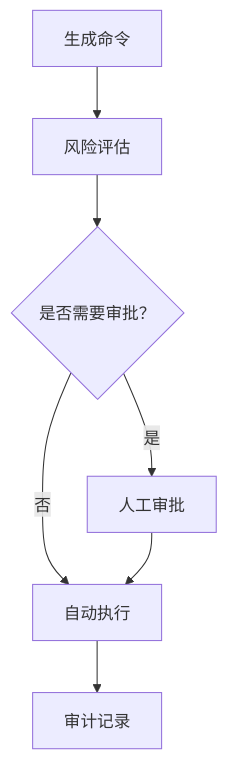
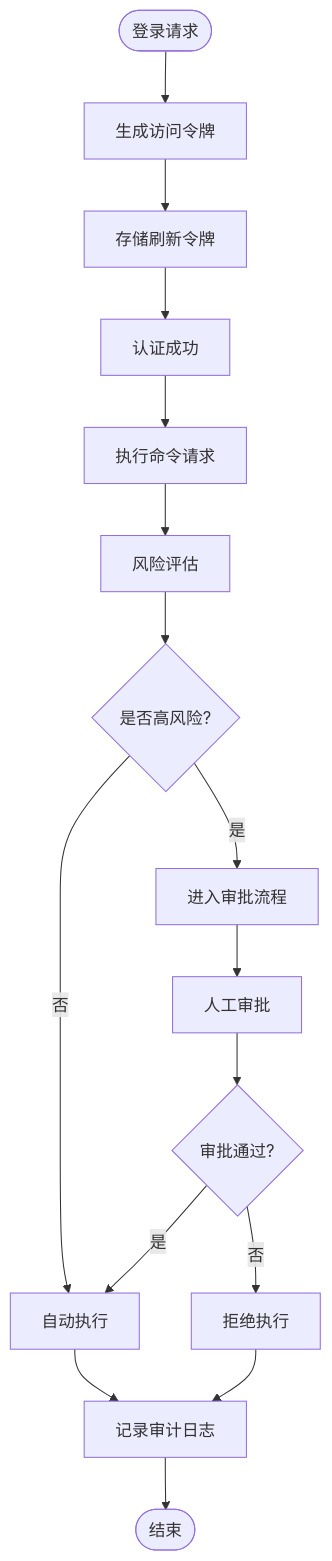
The sixth of 7 diagrams in .qoder/repowiki/zh/content/系统架构设计/系统架构设计.md (lyyzzz6/AIops), drawn with Mermaid before and after one commit. The commit also changed other lines of this file and 371 other files, not shown here.

````diff
--- a/.qoder/repowiki/zh/content/系统架构设计/系统架构设计.md
+++ b/.qoder/repowiki/zh/content/系统架构设计/系统架构设计.md
@@ -221,9 +230,18 @@
 ```mermaid
 flowchart TD
-CMD["生成命令"] --> RISK["风险评估"]
-RISK --> DECISION{"是否需要审批？"}
-DECISION --> |否| EXEC["自动执行"]
-DECISION --> |是| APPROVAL["人工审批"]
-APPROVAL --> EXEC
-EXEC --> AUDIT["审计记录"]
+Start(["登录请求"]) --> GenAT["生成访问令牌"]
+GenAT --> StoreRT["存储刷新令牌"]
+StoreRT --> AuthOK["认证成功"]
+AuthOK --> ExecCmd["执行命令请求"]
+ExecCmd --> RiskEval["风险评估"]
+RiskEval --> IsHigh{"是否高风险?"}
+IsHigh --> |是| NeedApproval["进入审批流程"]
+IsHigh --> |否| AutoExec["自动执行"]
+NeedApproval --> Approve["人工审批"]
+Approve --> Approved{"审批通过?"}
+Approved --> |是| AutoExec
+Approved --> |否| Deny["拒绝执行"]
+AutoExec --> Audit["记录审计日志"]
+Deny --> Audit
+Audit --> End(["结束"])
 ```
````
